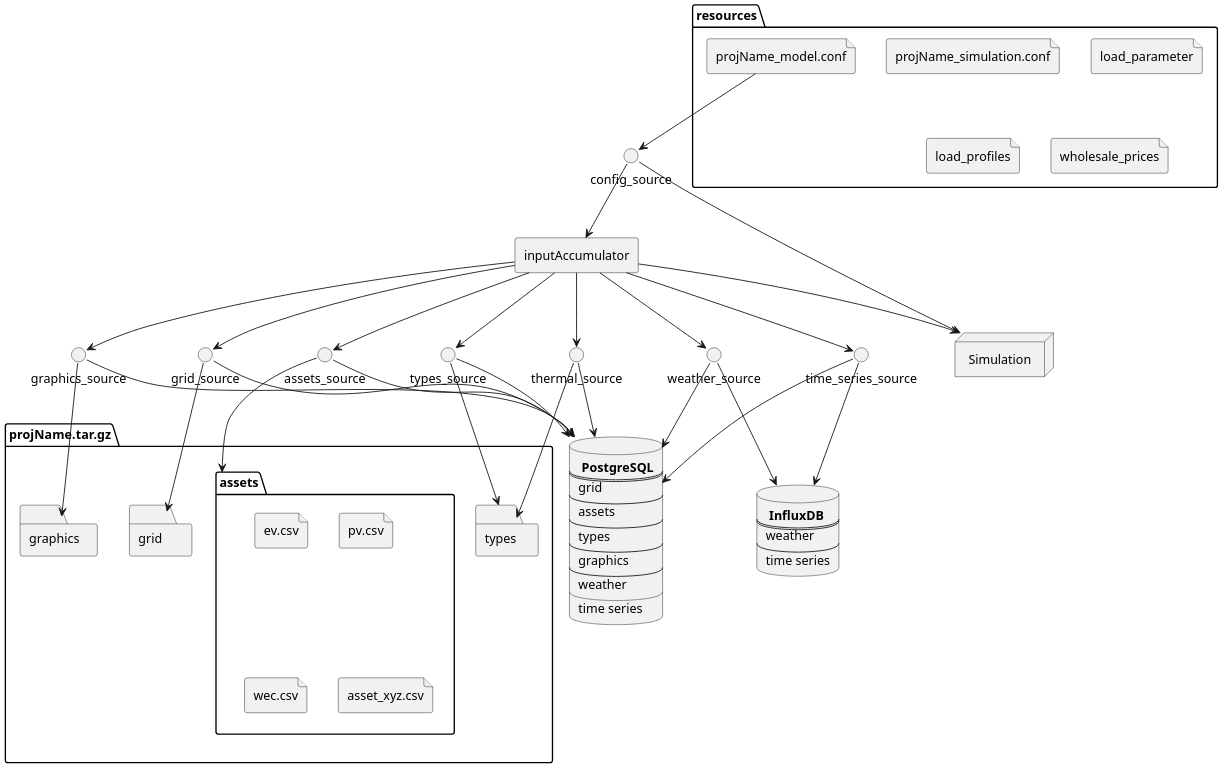
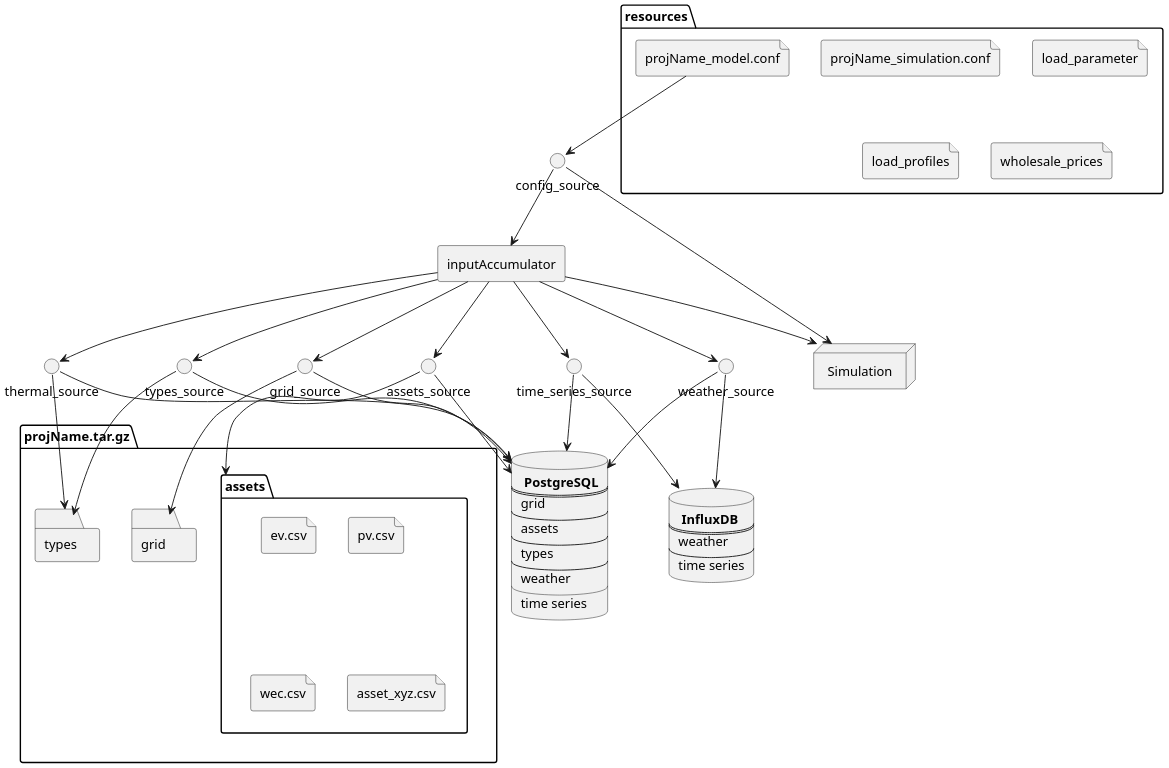
One commit to ie3-institute/PowerSystemDataModel changed the diagram in docs/uml/main/InputDataDeployment.puml. Above: the diagram before and after it, drawn with PlantUML. The commit also changed 69 other files, not shown here.

Commit message:
Removed graphic related code

```diff
--- a/docs/uml/main/InputDataDeployment.puml
+++ b/docs/uml/main/InputDataDeployment.puml
@@ -1,108 +1,100 @@
 @startuml
 scale 2048 width
 scale 1538 height
 
 database psql [
     <b> PostgreSQL
     ==
     grid
     --
     assets
     --
     types
-    --
-    graphics
     --
     weather
     __
     time series
 ]
 database influxdb [
     <b> InfluxDB
     ==
     weather
     --
     time series
 ]
 
 'Not yet implemented
 'database neo4j [
 '    <b> Neo4J
 '    ==
 '    grid
 '    --
 '    assets
 ']
 folder projName.tar.gz {
 folder assets {
 file ev.csv
 file pv.csv
 file wec.csv
 file asset_xyz.csv
 }
 folder grid
 folder types
-folder graphics
 }
 folder resources {
 file projName_model.conf
 file projName_simulation.conf
 file load_parameter
 file load_profiles
 file wholesale_prices
 }
 'Not yet implemented
 'cloud streams [
 'streams
 '==
 'weather
 ']
 interface grid_source
 interface assets_source
 interface types_source
 interface thermal_source
-interface graphics_source
 interface weather_source
 interface time_series_source
 interface config_source
 agent inputAccumulator
 node "Simulation"
 
 grid_source --> psql
 grid_source --> grid
 
 assets_source --> psql
 assets_source --> assets
 
 types_source --> psql
 types_source --> types
 
 thermal_source --> psql
 thermal_source --> types
 
-graphics_source --> psql
-graphics_source --> graphics
-
 weather_source --> psql
 weather_source --> influxdb
 
 time_series_source --> psql
 time_series_source --> influxdb
 
 config_source --> inputAccumulator
 
 inputAccumulator --> grid_source
 inputAccumulator --> assets_source
 inputAccumulator --> types_source
-inputAccumulator --> graphics_source
 inputAccumulator --> weather_source
 inputAccumulator --> time_series_source
 inputAccumulator --> thermal_source
 
 projName_model.conf --> config_source
 
 config_source --> Simulation
 
 inputAccumulator --> Simulation
 
 @enduml
```
